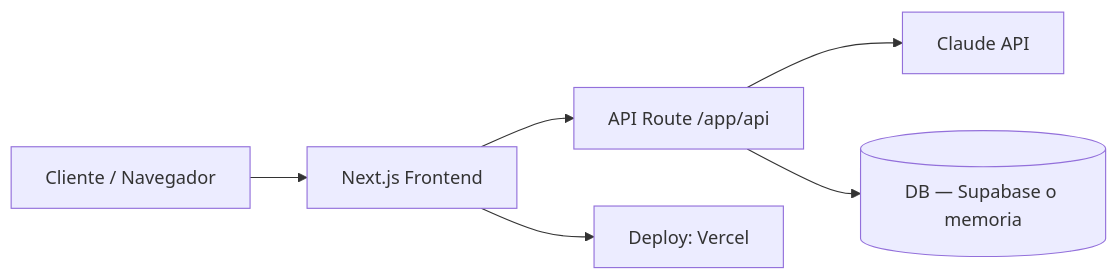
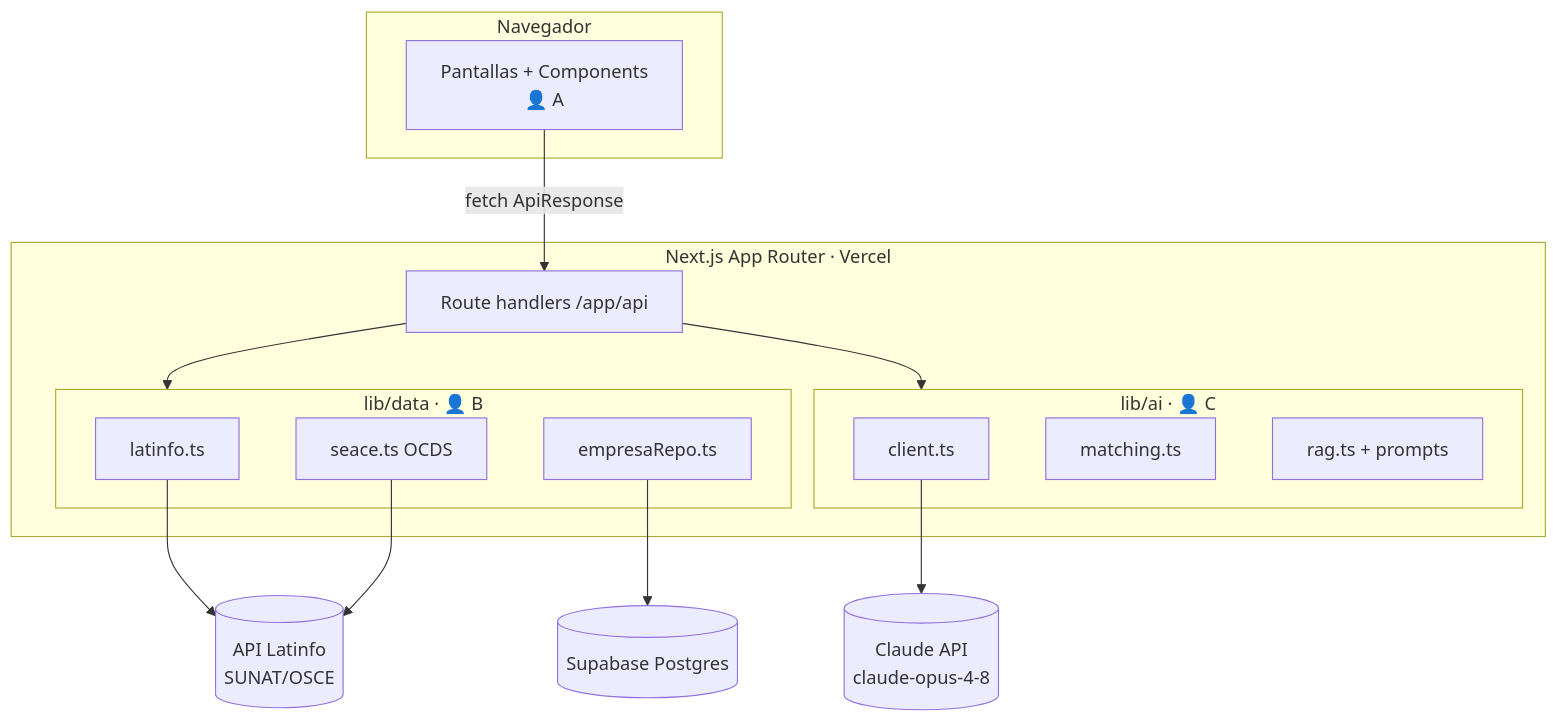
The diagram in docs/architecture.md (MBreadd/TenderAlert), drawn with Mermaid before and after one commit. The commit also changed other lines of this file and 34 other files, not shown here.

````diff
--- a/docs/architecture.md
+++ b/docs/architecture.md
@@ -4,8 +11,26 @@
 ```mermaid
-flowchart LR
-    A[Cliente / Navegador] --> B[Next.js Frontend]
-    B --> C[API Route /app/api]
-    C --> D[Claude API]
-    C --> E[(DB — Supabase o memoria)]
-    B --> F[Deploy: Vercel]
+flowchart TD
+    subgraph Cliente [Navegador]
+        UI[Pantallas + Components<br/>👤 A]
+    end
+    subgraph Servidor [Next.js App Router · Vercel]
+        API[Route handlers /app/api]
+        subgraph Datos [lib/data · 👤 B]
+            LAT[latinfo.ts]
+            SEA[seace.ts OCDS]
+            REPO[empresaRepo.ts]
+        end
+        subgraph IA [lib/ai · 👤 C]
+            CLA[client.ts]
+            MATCH[matching.ts]
+            RAG[rag.ts + prompts]
+        end
+    end
+    UI -->|fetch ApiResponse| API
+    API --> Datos
+    API --> IA
+    LAT --> LATINFO[(API Latinfo<br/>SUNAT/OSCE)]
+    SEA --> LATINFO
+    REPO --> SUPA[(Supabase Postgres)]
+    CLA --> CLAUDE[(Claude API<br/>claude-opus-4-8)]
 ```
````
